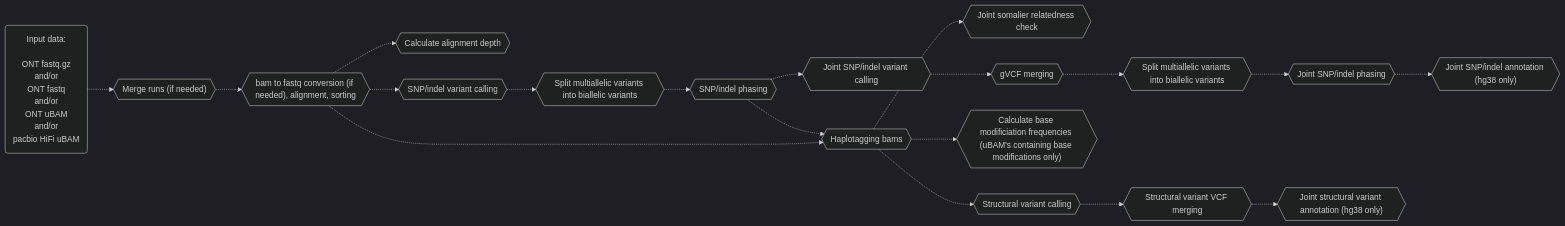
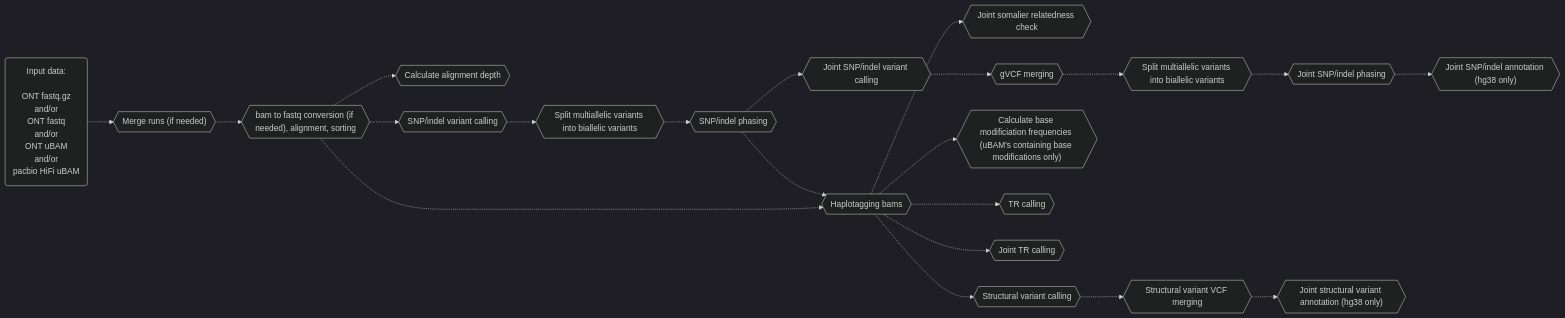
The third of 3 diagrams in README.md (leahkemp/pipeface), drawn with Mermaid before and after one commit. The commit also changed other lines of this file and 8 other files, not shown here.

````diff
--- a/README.md
+++ b/README.md
@@ -79,32 +83,36 @@
 ```mermaid
 %%{init: {'theme':'dark'}}%%
 flowchart LR
 
 input_data("Input data: <br><br> ONT fastq.gz <br> and/or <br> ONT fastq <br> and/or <br> ONT uBAM <br> and/or <br> pacbio HiFi uBAM")
 merging{{"Merge runs (if needed)"}}
 alignment{{"bam to fastq conversion (if needed), alignment, sorting"}}
 depth{{"Calculate alignment depth"}}
 snp_indel_calling{{"SNP/indel variant calling"}}
 split_multiallele{{"Split multiallelic variants into biallelic variants"}}
 snp_indel_phasing{{"SNP/indel phasing"}}
 joint_snp_indel_calling{{"Joint SNP/indel variant calling"}}
 joint_somalier{{"Joint somalier relatedness check"}}
 gvcf_merging{{"gVCF merging"}}
 joint_split_multiallele{{"Split multiallelic variants into biallelic variants"}}
 joint_snp_indel_phasing{{"Joint SNP/indel phasing"}}
 joint_snp_indel_annotation{{"Joint SNP/indel annotation (hg38 only)"}}
 haplotagging{{"Haplotagging bams"}}
 calculate_base_mod_freqs{{"Calculate base modificiation frequencies (uBAM's containing base modifications only)"}}
+tr_calling{{"TR calling"}}
+joint_tr_calling{{"Joint TR calling"}}
 sv_calling{{"Structural variant calling"}}
 sv_vcf_merging{{"Structural variant VCF merging"}}
 joint_sv_annotation{{"Joint structural variant annotation (hg38 only)"}}
 
 input_data-.->merging-.->alignment-.->snp_indel_calling-.->split_multiallele-.->snp_indel_phasing-.->haplotagging-.->sv_calling
 alignment-.->depth
 alignment-.->haplotagging
 haplotagging-.->calculate_base_mod_freqs
+haplotagging-.->tr_calling
+haplotagging-.->joint_tr_calling
 haplotagging-.->joint_somalier
 snp_indel_phasing-.->joint_snp_indel_calling-.->gvcf_merging-.->joint_split_multiallele-.->joint_snp_indel_phasing-.->joint_snp_indel_annotation
 sv_calling-.->sv_vcf_merging-.->joint_sv_annotation
 
 ```
````
